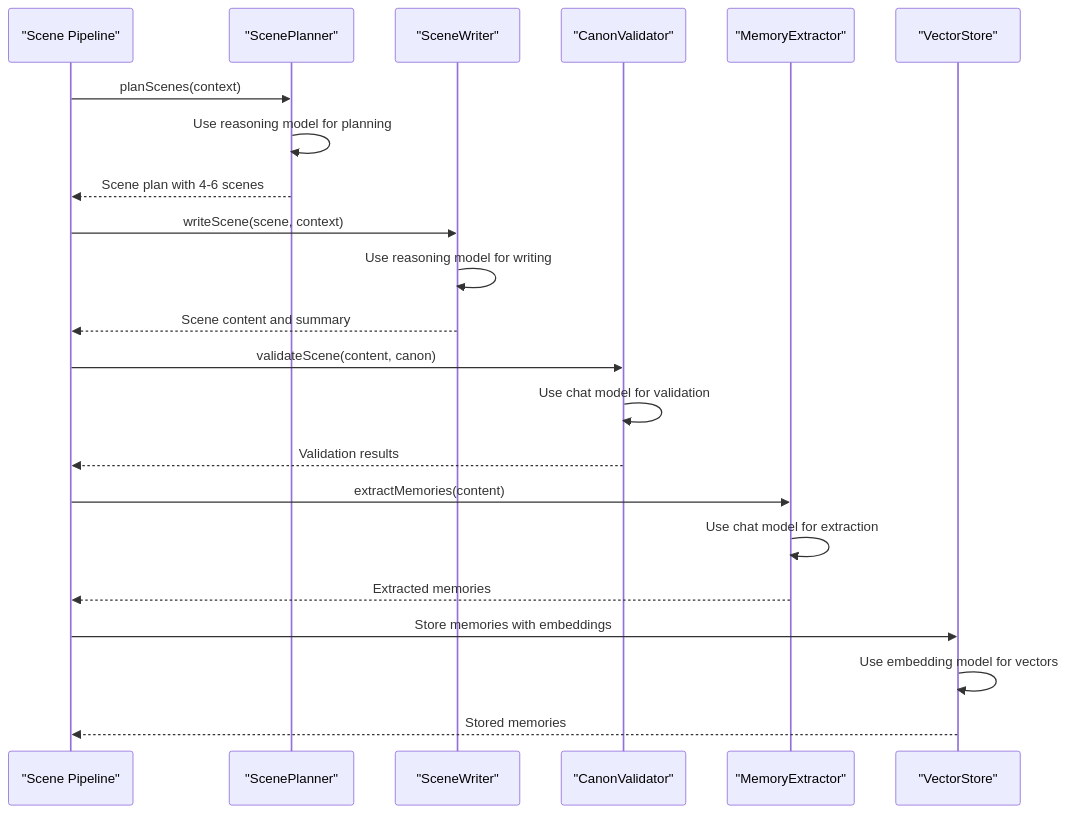
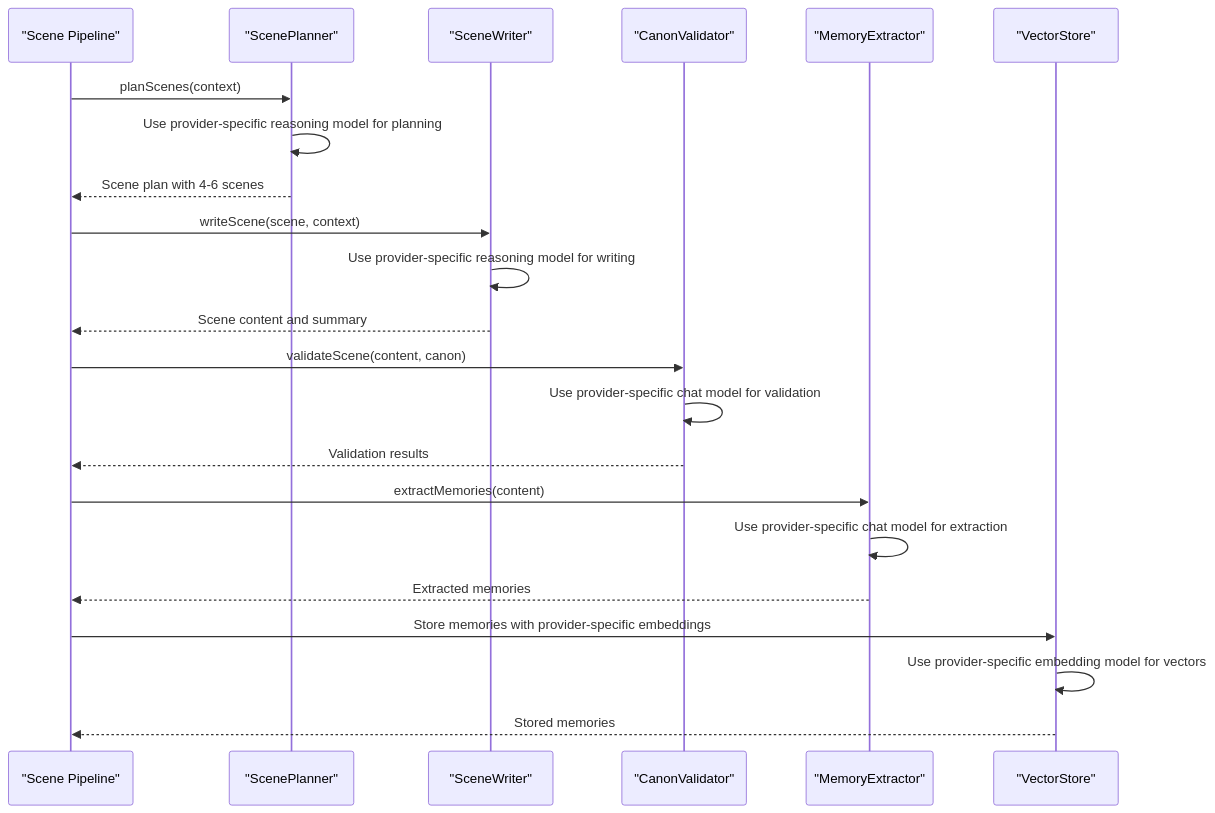
Before and after one commit to liwonder/NARRITIVE_OS: the seventh of 8 diagrams in .qoder/repowiki/en/content/LLM Integration and Configuration.md, drawn with Mermaid. The commit also changed other lines of this file and 4 other files, not shown here.

Commit message:
wiki and full flow test case

````diff
--- a/.qoder/repowiki/en/content/LLM Integration and Configuration.md
+++ b/.qoder/repowiki/en/content/LLM Integration and Configuration.md
@@ -506,24 +589,24 @@
 ```mermaid
 sequenceDiagram
 participant Pipeline as "Scene Pipeline"
 participant Planner as "ScenePlanner"
 participant Writer as "SceneWriter"
 participant Validator as "CanonValidator"
 participant Extractor as "MemoryExtractor"
 participant Vector as "VectorStore"
 Pipeline->>Planner : planScenes(context)
-Planner->>Planner : Use reasoning model for planning
+Planner->>Planner : Use provider-specific reasoning model for planning
 Planner-->>Pipeline : Scene plan with 4-6 scenes
 Pipeline->>Writer : writeScene(scene, context)
-Writer->>Writer : Use reasoning model for writing
+Writer->>Writer : Use provider-specific reasoning model for writing
 Writer-->>Pipeline : Scene content and summary
 Pipeline->>Validator : validateScene(content, canon)
-Validator->>Validator : Use chat model for validation
+Validator->>Validator : Use provider-specific chat model for validation
 Validator-->>Pipeline : Validation results
 Pipeline->>Extractor : extractMemories(content)
-Extractor->>Extractor : Use chat model for extraction
+Extractor->>Extractor : Use provider-specific chat model for extraction
 Extractor-->>Pipeline : Extracted memories
-Pipeline->>Vector : Store memories with embeddings
-Vector->>Vector : Use embedding model for vectors
+Pipeline->>Vector : Store memories with provider-specific embeddings
+Vector->>Vector : Use provider-specific embedding model for vectors
 Vector-->>Pipeline : Stored memories
 ```
````
